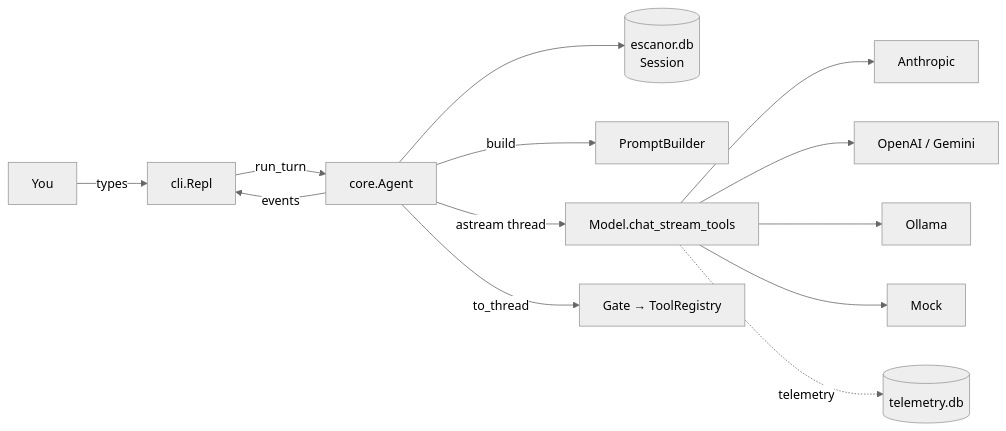
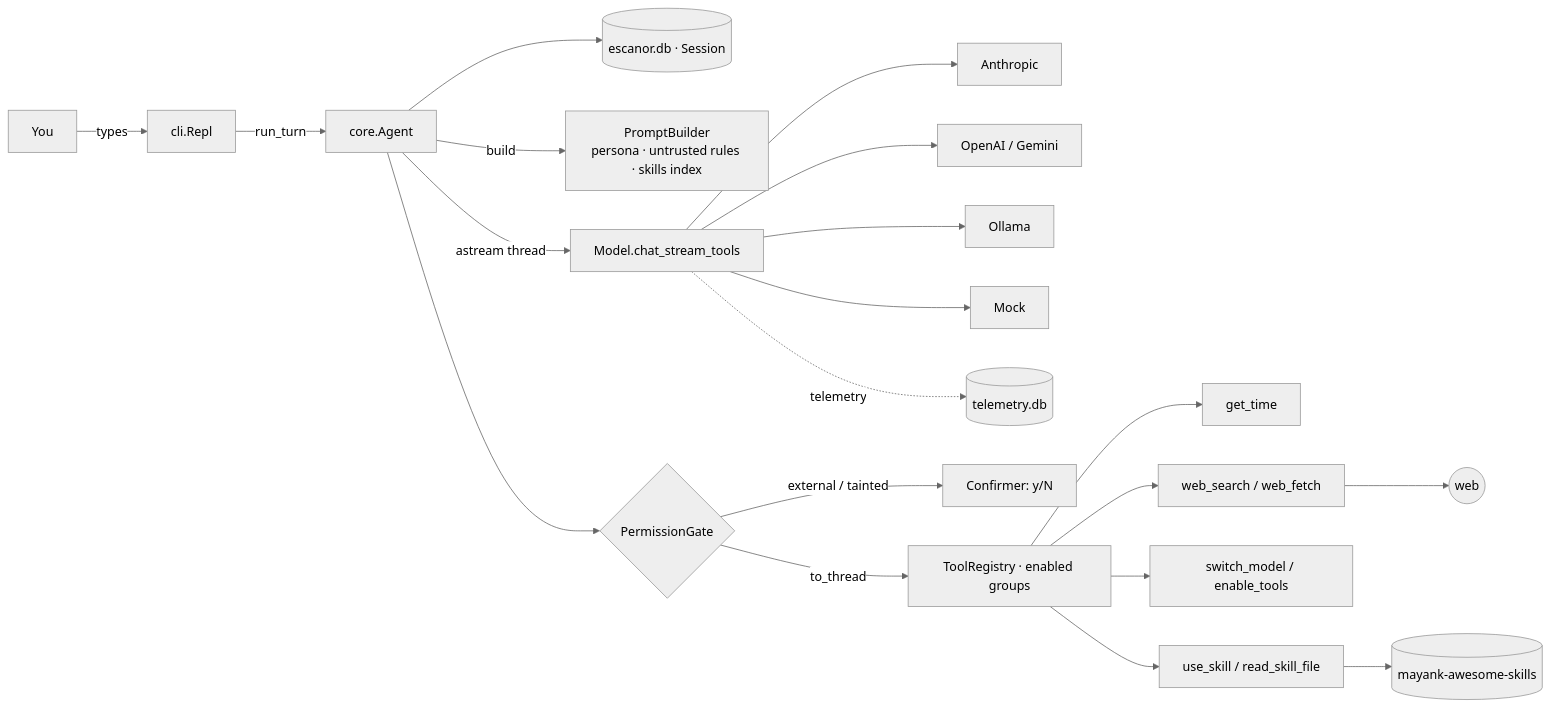
Before and after one commit to Mayank9mare/Escanor: the first of 2 diagrams in docs/escanor-core/flow.md, drawn with Mermaid (neutral theme). The commit also changed other lines of this file and 24 other files, not shown here.

First line of the commit message:
Phase 2: tools, permission gate, web search/fetch, skills

````diff
--- a/docs/escanor-core/flow.md
+++ b/docs/escanor-core/flow.md
@@ -18,12 +20,16 @@
 ```mermaid
 flowchart LR
   You -->|types| CLI[cli.Repl]
   CLI -->|run_turn| A[core.Agent]
-  A --> S[(escanor.db<br/>Session)]
-  A -->|build| P[PromptBuilder]
+  A --> S[(escanor.db · Session)]
+  A -->|build| P[PromptBuilder<br/>persona · untrusted rules · skills index]
   A -->|astream thread| M[Model.chat_stream_tools]
   M --> AN[Anthropic] & OA[OpenAI / Gemini] & OL[Ollama] & MO[Mock]
-  A -->|to_thread| G[Gate → ToolRegistry]
-  M -.telemetry.-> T[(telemetry.db)]
-  A -->|events| CLI
+  A --> G{PermissionGate}
+  G -->|external / tainted| C[Confirmer: y/N]
+  G -->|to_thread| R[ToolRegistry · enabled groups]
+  R --> T1[get_time] & T2[web_search / web_fetch] & T3[switch_model / enable_tools] & T4[use_skill / read_skill_file]
+  T4 --> SK[(mayank-awesome-skills)]
+  T2 --> WEB((web))
+  M -.telemetry.-> TE[(telemetry.db)]
 ```
````
